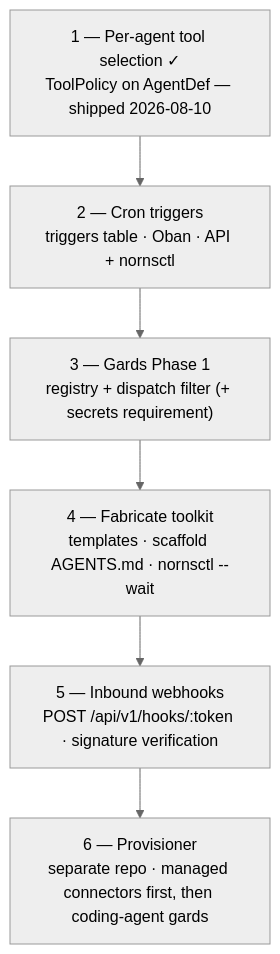
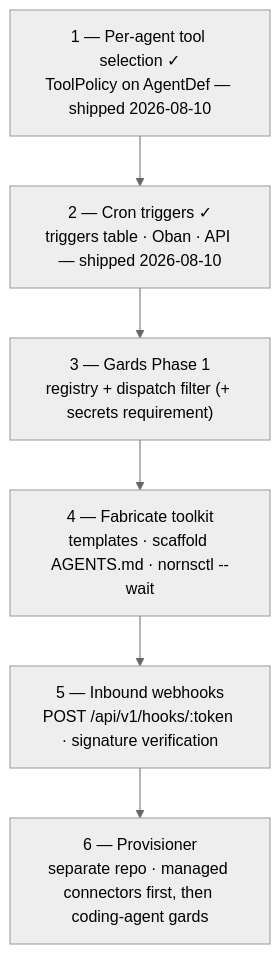
One commit to amackera/norns changed the diagram in docs/roadmap.md. Above: the diagram before and after it, drawn with Mermaid (neutral theme). The commit also changed other lines of this file and 16 other files, not shown here.

First line of the commit message:
Add cron triggers: schedules as Norns data, fired by Oban

````diff
--- a/docs/roadmap.md
+++ b/docs/roadmap.md
@@ -54,10 +54,10 @@
 ```mermaid
 flowchart TB
     A["1 — Per-agent tool selection ✓<br/>ToolPolicy on AgentDef — shipped 2026-08-10"]
-    B["2 — Cron triggers<br/>triggers table · Oban · API + nornsctl"]
+    B["2 — Cron triggers ✓<br/>triggers table · Oban · API — shipped 2026-08-10"]
     C["3 — Gards Phase 1<br/>registry + dispatch filter (+ secrets requirement)"]
     D["4 — Fabricate toolkit<br/>templates · scaffold AGENTS.md · nornsctl --wait"]
     E["5 — Inbound webhooks<br/>POST /api/v1/hooks/:token · signature verification"]
     F["6 — Provisioner<br/>separate repo · managed connectors first, then coding-agent gards"]
     A --> B --> C --> D --> E --> F
 ```
````
